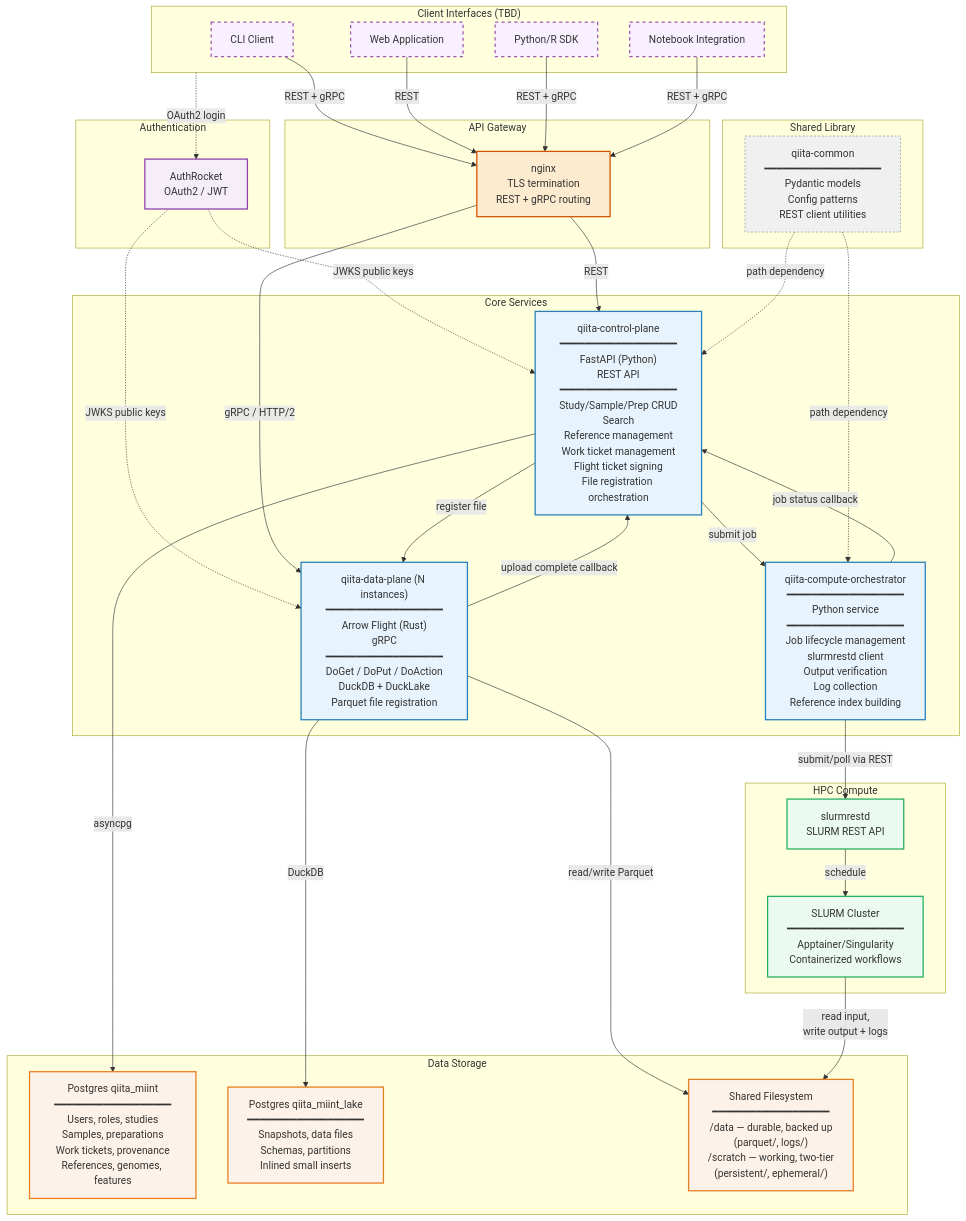
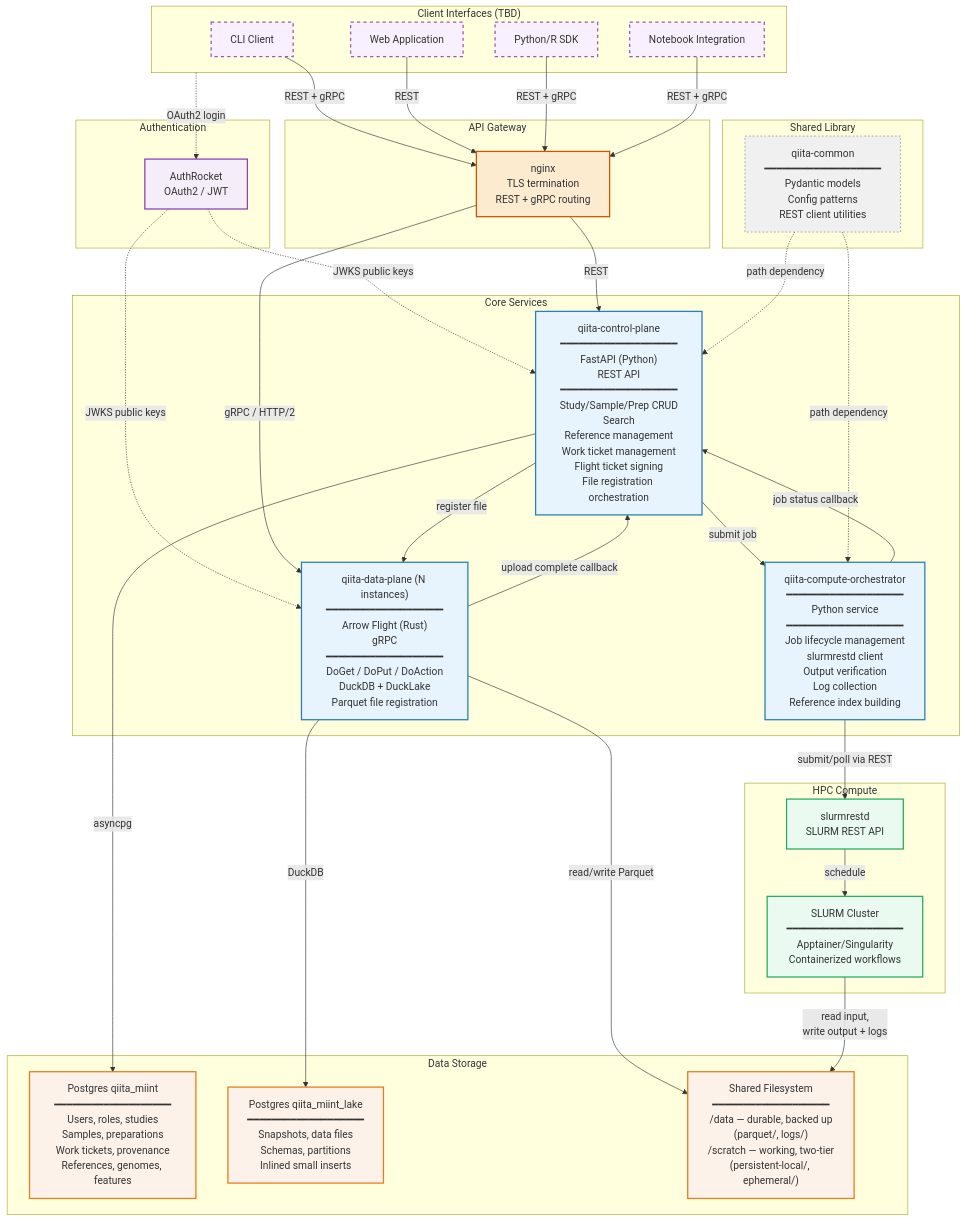
The first of 5 diagrams in docs/architecture.md (the-miint/Qiita), drawn with Mermaid before and after one commit. The commit also changed other lines of this file and 1 other file, not shown here.

First line of the commit message:
docs(deploy): rename /scratch/persistent to /scratch/persistent-local

```diff
--- a/docs/architecture.md
+++ b/docs/architecture.md
@@ -41,7 +41,7 @@
     subgraph storage ["Data Storage"]
         PG_APP["Postgres qiita_miint<br/>━━━━━━━━━━━━━━━━━━━<br/>Users, roles, studies<br/>Samples, preparations<br/>Work tickets, provenance<br/>References, genomes, features"]
         PG_DL["Postgres qiita_miint_lake<br/>━━━━━━━━━━━━━━━━━━━<br/>Snapshots, data files<br/>Schemas, partitions<br/>Inlined small inserts"]
-        FS["Shared Filesystem<br/>━━━━━━━━━━━━━━━━━━━<br/>/data — durable, backed up<br/>(parquet/, logs/)<br/>/scratch — working, two-tier<br/>(persistent/, ephemeral/)"]
+        FS["Shared Filesystem<br/>━━━━━━━━━━━━━━━━━━━<br/>/data — durable, backed up<br/>(parquet/, logs/)<br/>/scratch — working, two-tier<br/>(persistent-local/, ephemeral/)"]
     end
 
     %% Client connections
```
